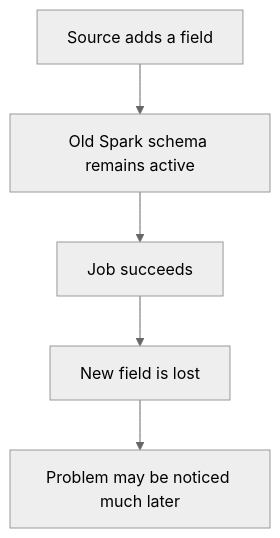
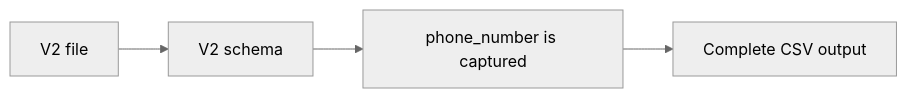
One commit to tg117official/databricks-hands-on-tg117-pst changed the sixth of 15 diagrams in 03_file_based_ingestion/session_4/customer_schema_evolution/customer_schema_evolution_notes.md. Above: the diagram before and after it, drawn with Mermaid (neutral theme). The commit also changed other lines of this file and 4 other files, not shown here.

Commit message:
added schema evolution scenarios problem solution approach

````diff
--- a/03_file_based_ingestion/session_4/customer_schema_evolution/customer_schema_evolution_notes.md
+++ b/03_file_based_ingestion/session_4/customer_schema_evolution/customer_schema_evolution_notes.md
@@ -435,7 +308,6 @@
 ```mermaid
-flowchart TD
-    A[Source adds a field] --> B[Old Spark schema remains active]
-    B --> C[Job succeeds]
-    C --> D[New field is lost]
-    D --> E[Problem may be noticed much later]
+flowchart LR
+    A[V2 file] --> B[V2 schema]
+    B --> C[phone_number is captured]
+    C --> D[Complete CSV output]
 ```
````
